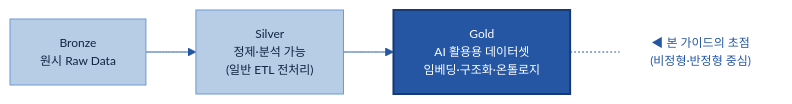
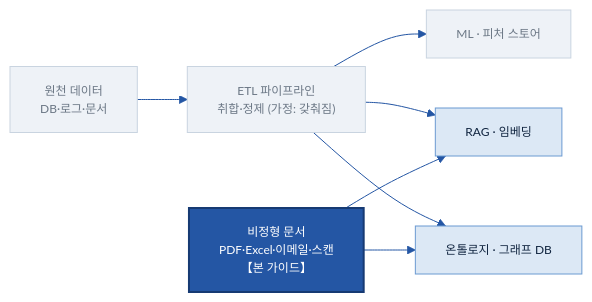
The first of 8 diagrams in 가이드 작성/B-1 데이터 전처리/B-1 데이터 전처리.md (jin-kearney/ai-ready-data-manual), drawn with Mermaid before and after one commit. The commit also changed other lines of this file, not shown here.

Commit message:
docs(B-1): Scope 모델 정정 — ETL→ML/RAG/온톨로지 분기, 본 가이드=비정형 문서 lane
- 일반 영역: 원천 데이터→ETL 파이프라인→쓰임별 분기
  (ML=피처 스토어 / RAG=임베딩 / 온톨로지=그래프 DB)
- 본 가이드: 그중 '비정형 문서를 AI가 활용할 수 있게 만드는 부분'만.
  앞단 취합·ETL은 갖춰졌다고 가정, 실제 AI 과제에서 문서 유형별로 부딪히는 문제에 집중
- Bronze/Silver/Gold 표현·다이어그램을 위 모델로 교체

````diff
--- a/가이드 작성/B-1 데이터 전처리/B-1 데이터 전처리.md
+++ b/가이드 작성/B-1 데이터 전처리/B-1 데이터 전처리.md
@@ -102,9 +102,13 @@
 ```mermaid
 %%{init: {'theme':'base','themeVariables':{'primaryColor':'#DCE8F5','primaryBorderColor':'#2456A4','primaryTextColor':'#10243f','lineColor':'#2456A4','fontSize':'12px'}}}%%
 flowchart LR
-    B["Bronze<br/>원시 Raw Data"]:::n --> S["Silver<br/>정제·분석 가능<br/>(일반 ETL 전처리)"]:::n --> G["Gold<br/>AI 활용용 데이터셋<br/>임베딩·구조화·온톨로지"]:::cat
-    G -.- F["◀ 본 가이드의 초점<br/>(비정형·반정형 중심)"]:::note
-    classDef n fill:#B7CDE6,stroke:#6B9AD1,color:#10243f;
+    SRC["원천 데이터<br/>DB·로그·문서"]:::assume --> ETL["ETL 파이프라인<br/>취합·정제 (가정: 갖춰짐)"]:::assume
+    ETL --> ML["ML · 피처 스토어"]:::assume
+    ETL --> RAGx["RAG · 임베딩"]:::use
+    ETL --> ONTx["온톨로지 · 그래프 DB"]:::use
+    DOC["비정형 문서<br/>PDF·Excel·이메일·스캔<br/>【본 가이드】"]:::cat --> RAGx
+    DOC --> ONTx
+    classDef assume fill:#eef2f7,stroke:#c9d4e0,color:#6b7785;
+    classDef use fill:#DCE8F5,stroke:#6B9AD1,color:#10243f;
     classDef cat fill:#2456A4,color:#fff,stroke:#163a73,stroke-width:2px;
-    classDef note fill:#ffffff,stroke:#ffffff,color:#2456A4;
 ```
````
